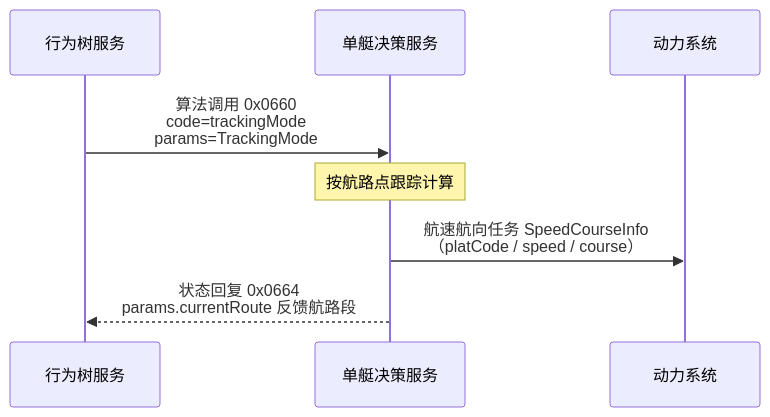
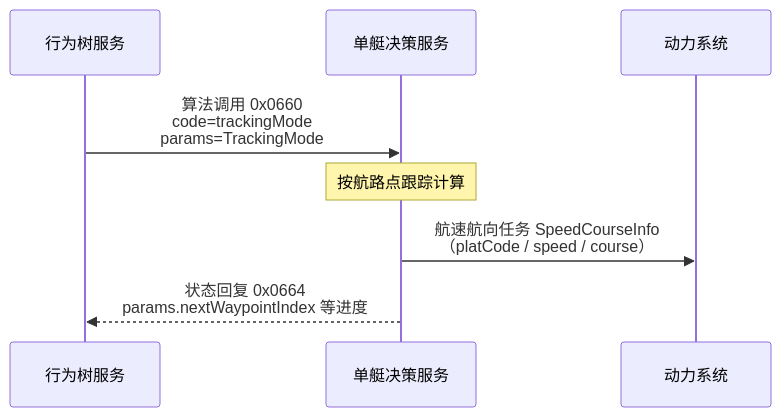
One commit to cocoder777/USV2DSimulator changed the second of 4 diagrams in docs/甲方接口/对接单艇决策服务.md. Above: the diagram before and after it, drawn with Mermaid. The commit also changed other lines of this file and 27 other files, not shown here.

````diff
--- a/docs/甲方接口/对接单艇决策服务.md
+++ b/docs/甲方接口/对接单艇决策服务.md
@@ -213,10 +216,10 @@
 ```mermaid
 sequenceDiagram
     participant Bh as 行为树服务
     participant Algo as 单艇决策服务
     participant Power as 动力系统
     Bh ->> Algo: 算法调用 0x0660<br/>code=trackingMode<br/>params=TrackingMode
     Note over Algo: 按航路点跟踪计算
     Algo ->> Power: 航速航向任务 SpeedCourseInfo<br/>（platCode / speed / course）
-    Algo -->> Bh: 状态回复 0x0664<br/>params.currentRoute 反馈航路段
+    Algo -->> Bh: 状态回复 0x0664<br/>params.nextWaypointIndex 等进度
 ```
````
